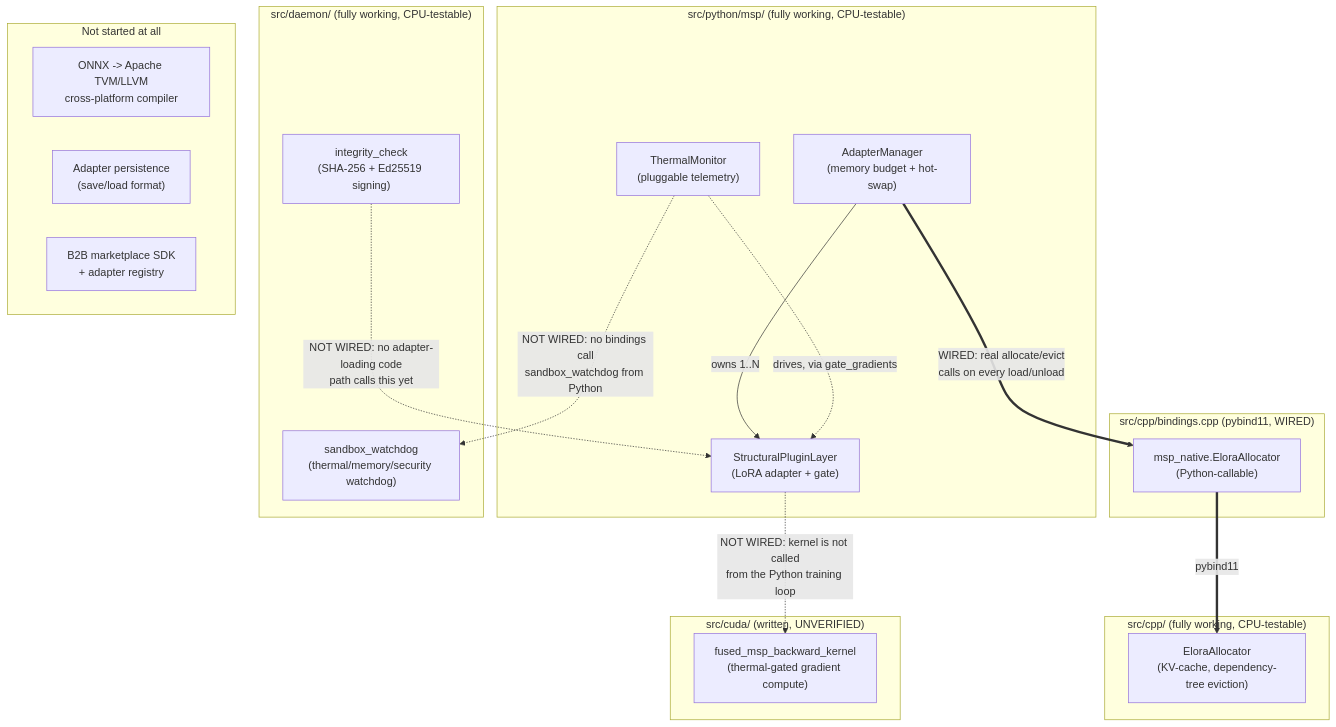
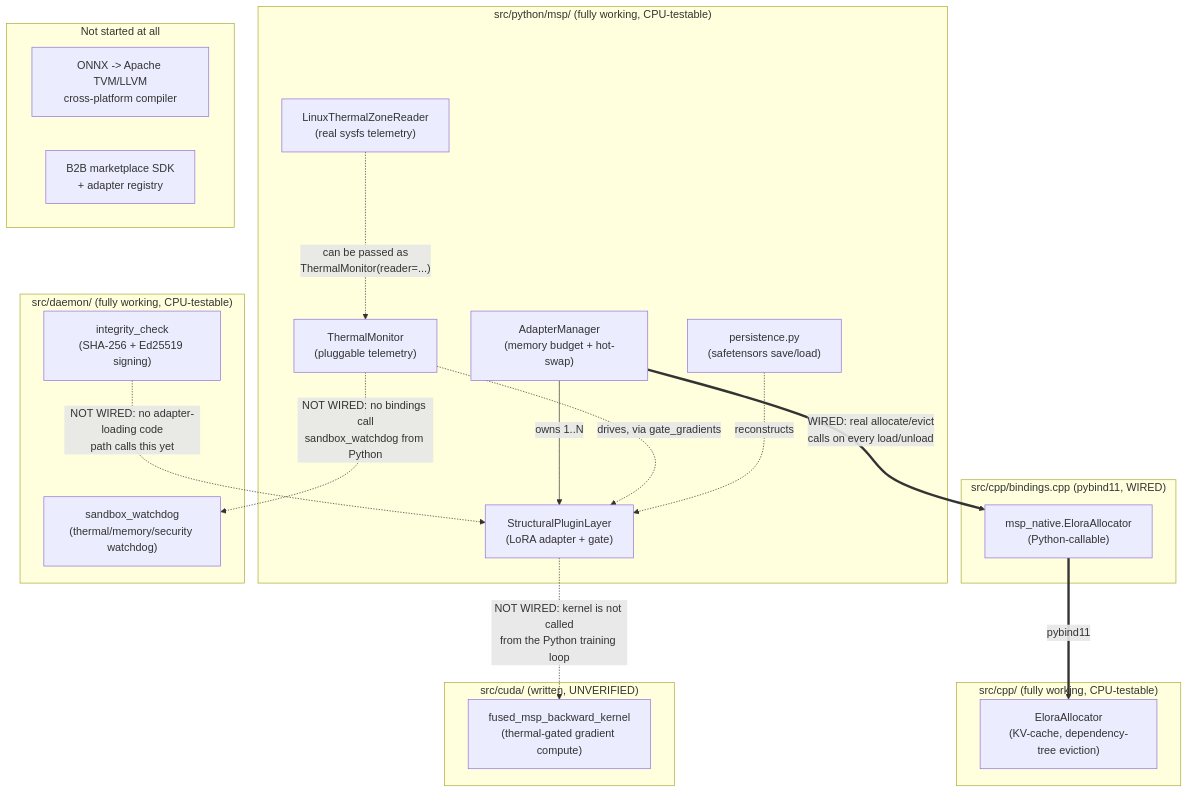
The diagram in docs/STATUS.md (trinityman-hash/MSP), drawn with Mermaid before and after one commit. The commit also changed other lines of this file, not shown here.

Commit message:
docs: update STATUS.md - adapter persistence + real Linux telemetry reader done, add Colab CUDA validation guide

````diff
--- a/docs/STATUS.md
+++ b/docs/STATUS.md
@@ -36,39 +36,42 @@
 ```mermaid
 flowchart TB
     subgraph Python["src/python/msp/  (fully working, CPU-testable)"]
         PL["StructuralPluginLayer\n(LoRA adapter + gate)"]
         AM["AdapterManager\n(memory budget + hot-swap)"]
         TM["ThermalMonitor\n(pluggable telemetry)"]
+        LTZ["LinuxThermalZoneReader\n(real sysfs telemetry)"]
+        PERSIST["persistence.py\n(safetensors save/load)"]
         AM -->|owns 1..N| PL
         TM -.->|drives, via gate_gradients| PL
+        LTZ -.->|"can be passed as\nThermalMonitor(reader=...)"| TM
+        PERSIST -.->|reconstructs| PL
     end
 
     subgraph Bind["src/cpp/bindings.cpp  (pybind11, WIRED)"]
         NATIVE["msp_native.EloraAllocator\n(Python-callable)"]
     end
 
     subgraph CPP["src/cpp/  (fully working, CPU-testable)"]
         EA["EloraAllocator\n(KV-cache, dependency-tree eviction)"]
     end
 
     subgraph C["src/daemon/  (fully working, CPU-testable)"]
         WD["sandbox_watchdog\n(thermal/memory/security watchdog)"]
         IC["integrity_check\n(SHA-256 + Ed25519 signing)"]
     end
 
     subgraph CUDA["src/cuda/  (written, UNVERIFIED)"]
         KERNEL["fused_msp_backward_kernel\n(thermal-gated gradient compute)"]
     end
 
     AM ==>|"WIRED: real allocate/evict\ncalls on every load/unload"| NATIVE
     NATIVE ==>|pybind11| EA
     TM -.->|"NOT WIRED: no bindings call\nsandbox_watchdog from Python"| WD
     PL -.->|"NOT WIRED: kernel is not called\nfrom the Python training loop"| KERNEL
     IC -.->|"NOT WIRED: no adapter-loading code\npath calls this yet"| PL
 
     subgraph Missing["Not started at all"]
         TVM["ONNX -> Apache TVM/LLVM\ncross-platform compiler"]
-        PERSIST["Adapter persistence\n(save/load format)"]
         SDK["B2B marketplace SDK\n+ adapter registry"]
     end
 ```
````
